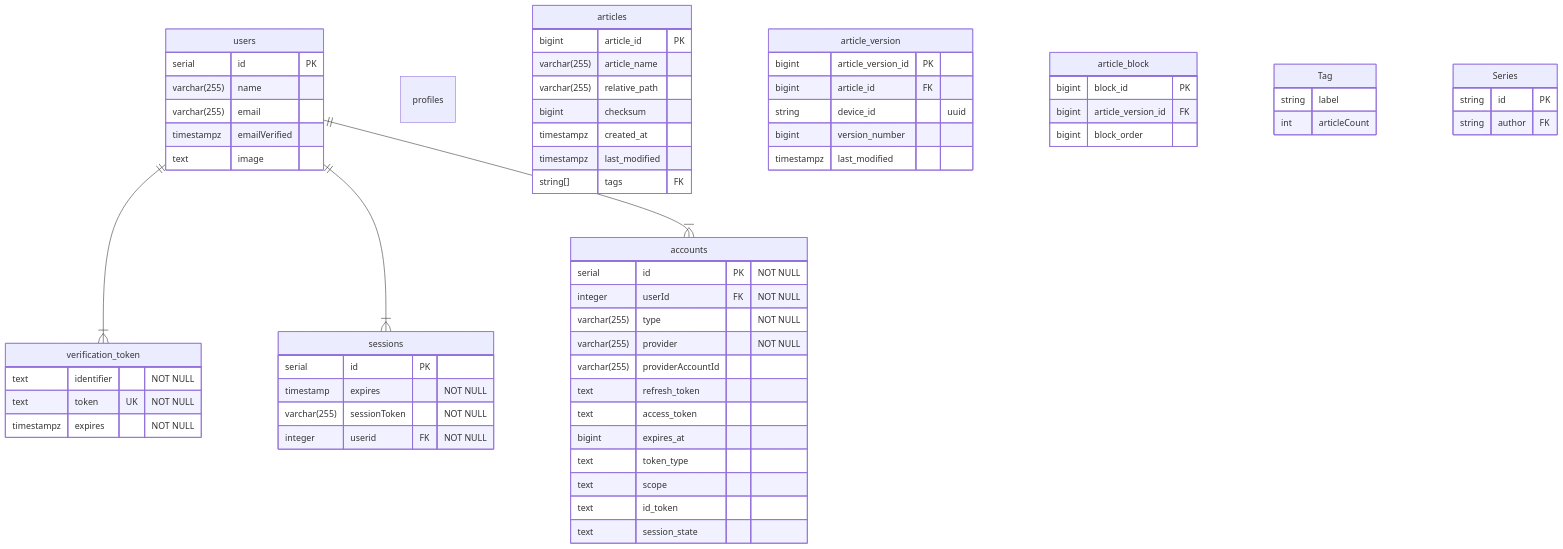
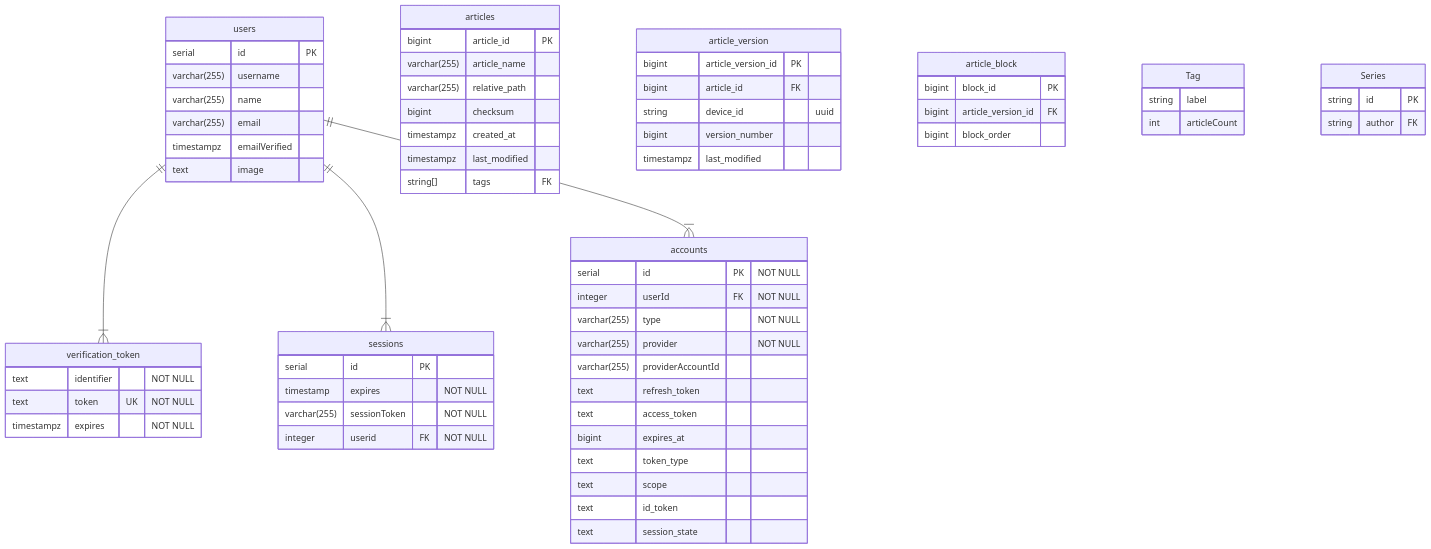
The sixth of 6 diagrams in Capstone/Diagrams.md (4ry1337/my-obsidian), drawn with Mermaid before and after one commit.

Commit message:
vault backup: 2024-01-18 09:12:04

````diff
--- a/Capstone/Diagrams.md
+++ b/Capstone/Diagrams.md
@@ -224,71 +224,69 @@
 ```mermaid
 erDiagram
 accounts {
 	serial id PK "NOT NULL"  
 	integer userId FK "NOT NULL"
 	varchar(255) type "NOT NULL"
 	varchar(255) provider "NOT NULL"
 	varchar(255) providerAccountId
 	text refresh_token
 	text access_token 
 	bigint expires_at
 	text token_type
 	text scope
 	text id_token
 	text session_state
 }
 users {
 	serial id PK
+	varchar(255) username
 	varchar(255) name
 	varchar(255) email
 	timestampz emailVerified
-	
 	text image
 }
 sessions {
 	serial id PK
 	timestamp expires "NOT NULL"
 	varchar(255) sessionToken "NOT NULL"
 	integer userid FK "NOT NULL"
 }
 verification_token {
 	text identifier "NOT NULL"
 	text token UK "NOT NULL"
 	timestampz expires "NOT NULL"
 }
 users ||--|{ verification_token : ""
 users ||--|{ sessions : ""
 users ||--|{ accounts : ""
-profiles {
 
-}
 articles {
 	bigint article_id PK
 	varchar(255) article_name
 	varchar(255) relative_path
 	bigint checksum
 	timestampz created_at
 	timestampz last_modified
 	string[] tags FK
 }
 article_version {
 	bigint article_version_id PK
 	bigint article_id FK
 	string device_id "uuid"
 	bigint version_number
 	timestampz last_modified
 }
 article_block {
 	bigint block_id PK
 	bigint article_version_id FK
 	bigint block_order
 }
 Tag {
 	string label
 	int articleCount
 }
 Series {
 	string id PK
 	string author FK
 }
 ```
````
